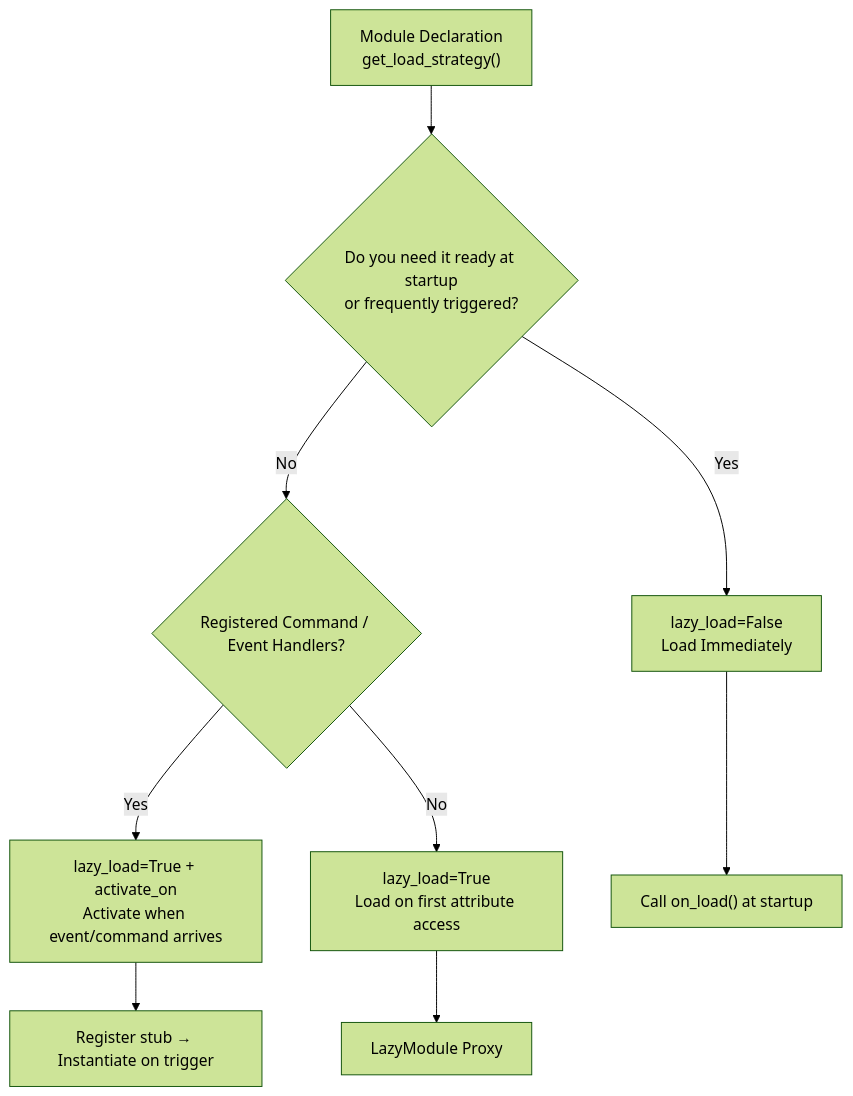
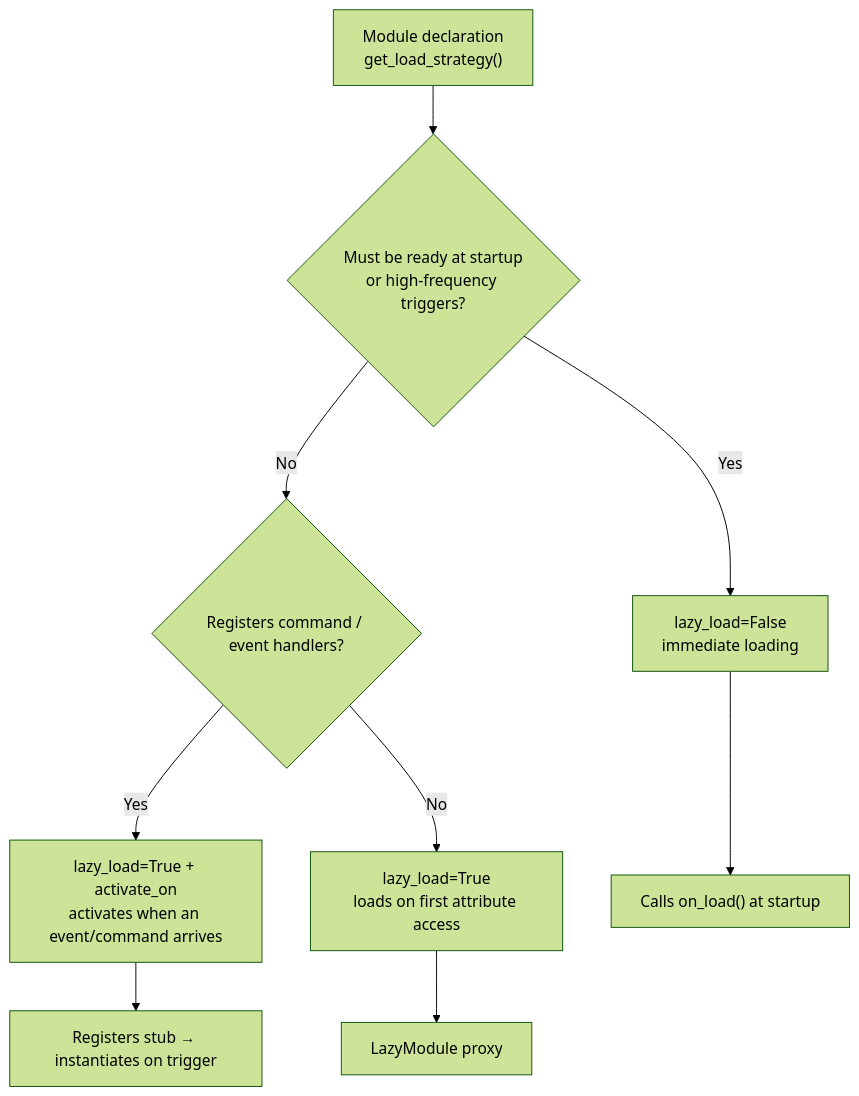
One commit to ErisPulse/ErisPulse changed the diagram in docs/en/advanced/lazy-loading.md. Above: the diagram before and after it, drawn with Mermaid (forest theme). The commit also changed other lines of this file and 828 other files, not shown here.

````diff
--- a/docs/en/advanced/lazy-loading.md
+++ b/docs/en/advanced/lazy-loading.md
@@ -233,11 +250,11 @@
 ```mermaid
 flowchart TD
-    A["Module Declaration<br/>get_load_strategy()"] --> B{"Do you need it ready at startup<br/>or frequently triggered?"}
-    B -->|"Yes"| C["lazy_load=False<br/>Load Immediately"]
-    B -->|"No"| D{"Registered Command / Event Handlers?"}
-    D -->|"Yes"| E["lazy_load=True + activate_on<br/>Activate when event/command arrives"]
-    D -->|"No"| F["lazy_load=True<br/>Load on first attribute access"]
-    C --> G["Call on_load() at startup"]
-    E --> H["Register stub → Instantiate on trigger"]
-    F --> I["LazyModule Proxy"]
+    A["Module declaration<br/>get_load_strategy()"] --> B{"Must be ready at startup<br/>or high-frequency triggers?"}
+    B -->|"Yes"| C["lazy_load=False<br/>immediate loading"]
+    B -->|"No"| D{"Registers command / event handlers?"}
+    D -->|"Yes"| E["lazy_load=True + activate_on<br/>activates when an event/command arrives"]
+    D -->|"No"| F["lazy_load=True<br/>loads on first attribute access"]
+    C --> G["Calls on_load() at startup"]
+    E --> H["Registers stub → instantiates on trigger"]
+    F --> I["LazyModule proxy"]
 ```
````
